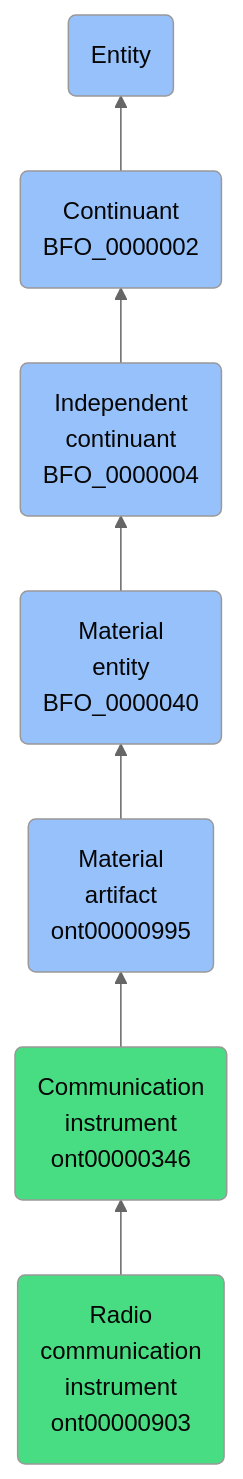
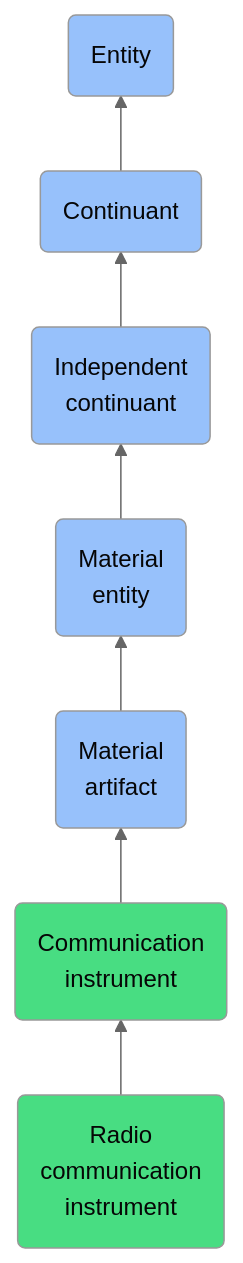
One commit to jupyter-naas/abi changed the diagram in docs/ontology/reference/model/Entity/Continuant/Independent continuant/Material entity/Material artifact/Communication instrument/Radio communication instrument/Radio communication instrument.md. Above: the diagram before and after it, drawn with Mermaid (neutral theme). The commit also changed other lines of this file and 1430 other files, not shown here.

````diff
--- a/docs/ontology/reference/model/Entity/Continuant/Independent continuant/Material entity/Material artifact/Communication instrument/Radio communication instrument/Radio communication instrument.md
+++ b/docs/ontology/reference/model/Entity/Continuant/Independent continuant/Material entity/Material artifact/Communication instrument/Radio communication instrument/Radio communication instrument.md
@@ -24,14 +24,14 @@
 ```mermaid
 graph BT
-    ont00000903(Radio<br>communication<br>instrument<br>ont00000903):::ABI-->ont00000346
-    ont00000346(Communication<br>instrument<br>ont00000346):::ABI-->ont00000995
-    ont00000995(Material<br>artifact<br>ont00000995):::BFO-->BFO_0000040
-    BFO_0000040(Material<br>entity<br>BFO_0000040):::BFO-->BFO_0000004
-    BFO_0000004(Independent<br>continuant<br>BFO_0000004):::BFO-->BFO_0000002
-    BFO_0000002(Continuant<br>BFO_0000002):::BFO-->BFO_0000001
+    ont00000903(Radio<br>communication<br>instrument):::ABI-->ont00000346
+    ont00000346(Communication<br>instrument):::ABI-->ont00000995
+    ont00000995(Material<br>artifact):::BFO-->BFO_0000040
+    BFO_0000040(Material<br>entity):::BFO-->BFO_0000004
+    BFO_0000004(Independent<br>continuant):::BFO-->BFO_0000002
+    BFO_0000002(Continuant):::BFO-->BFO_0000001
     BFO_0000001(Entity):::BFO
     
     classDef BFO fill:#97c1fb,color:#060606
     classDef CCO fill:#e4c51e,color:#060606
     classDef ABI fill:#48DD82,color:#060606
 ```
````
